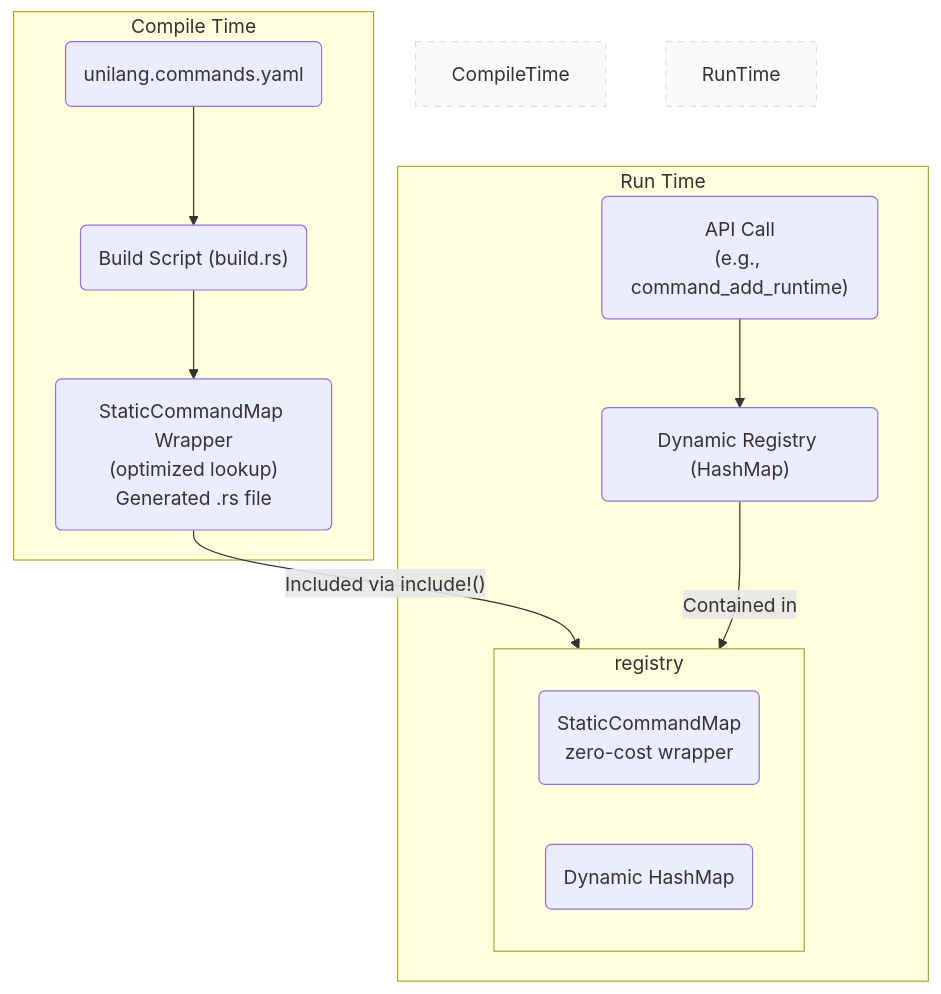
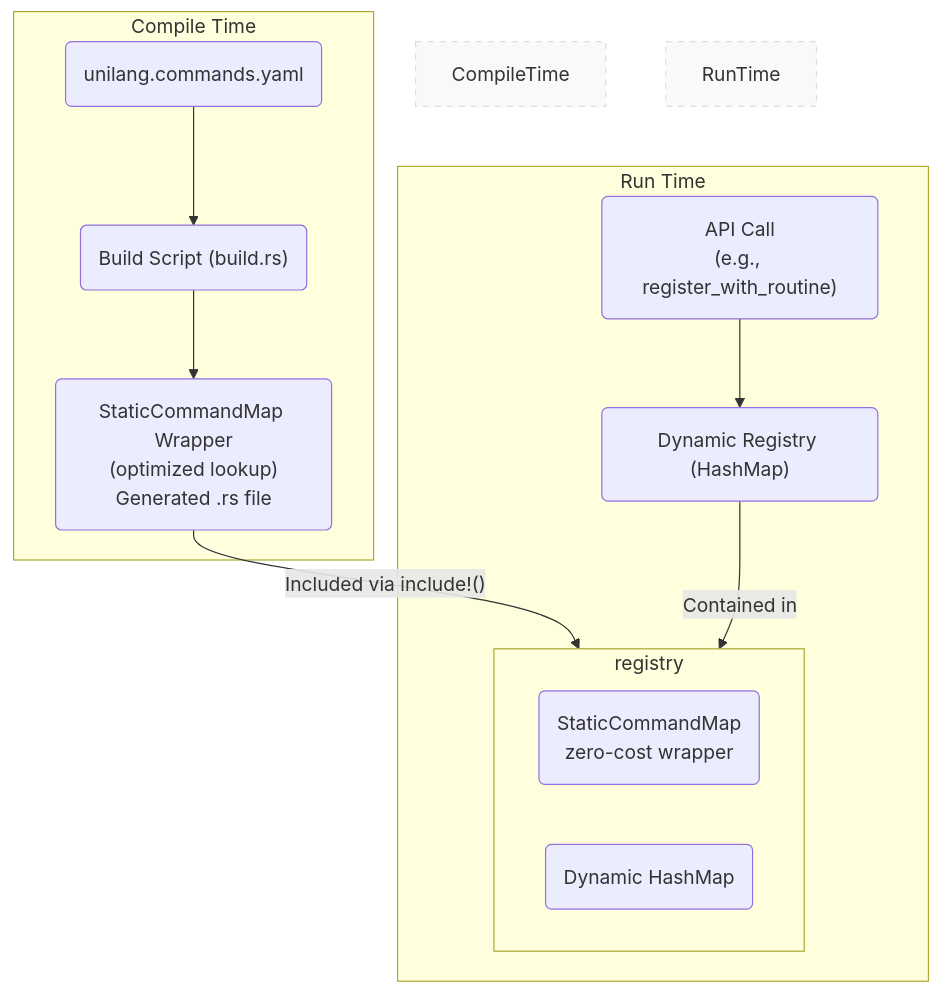
The fourth of 5 diagrams in module/unilang/docs/architecture/001_mandates.md (Wandalen/unilang), drawn with Mermaid before and after one commit. The commit also changed 205 other files, not shown here.

````diff
--- a/module/unilang/docs/architecture/001_mandates.md
+++ b/module/unilang/docs/architecture/001_mandates.md
@@ -97,30 +97,30 @@
 ```mermaid
 graph TD
     subgraph "Compile Time"
         style CompileTime fill:#f9f9f9,stroke:#ddd,stroke-dasharray: 5 5
         manifest("unilang.commands.yaml")
         build_rs("Build Script (build.rs)")
         static_map("StaticCommandMap Wrapper<br/>(optimized lookup)<br/>Generated .rs file")
 
         manifest --> build_rs
         build_rs --> static_map
     end
 
     subgraph "Run Time"
         style RunTime fill:#f9f9f9,stroke:#ddd,stroke-dasharray: 5 5
-        api_call("API Call<br/>(e.g., command_add_runtime)")
+        api_call("API Call<br/>(e.g., register_with_routine)")
         dynamic_map("Dynamic Registry (HashMap)")
         registry["Hybrid CommandRegistry"]
 
         api_call --> dynamic_map
 
         subgraph registry
             direction LR
             static_map_ref(StaticCommandMap<br/>zero-cost wrapper)
             dynamic_map_ref(Dynamic HashMap)
         end
 
         static_map -- "Included via include!()" --> static_map_ref
         dynamic_map -- "Contained in" --> dynamic_map_ref
     end
 ```
````
